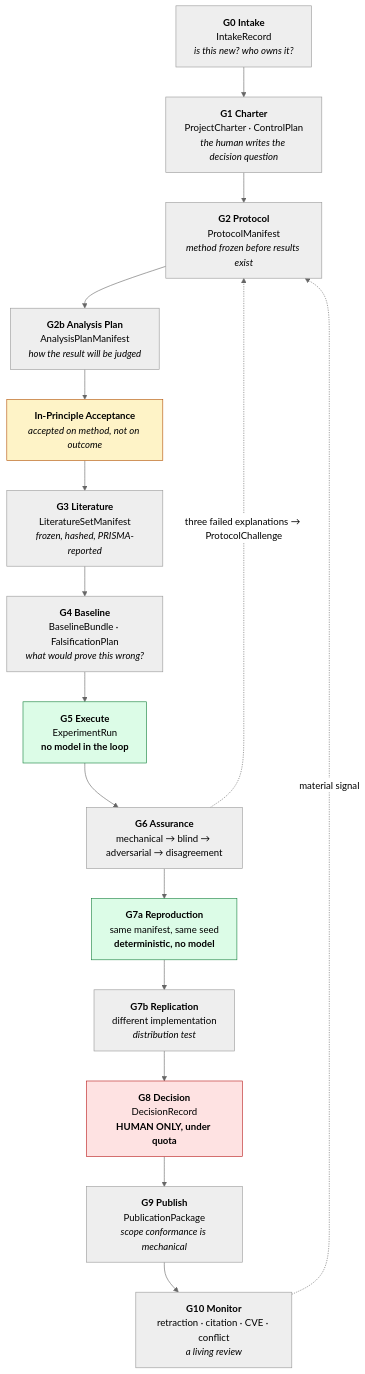
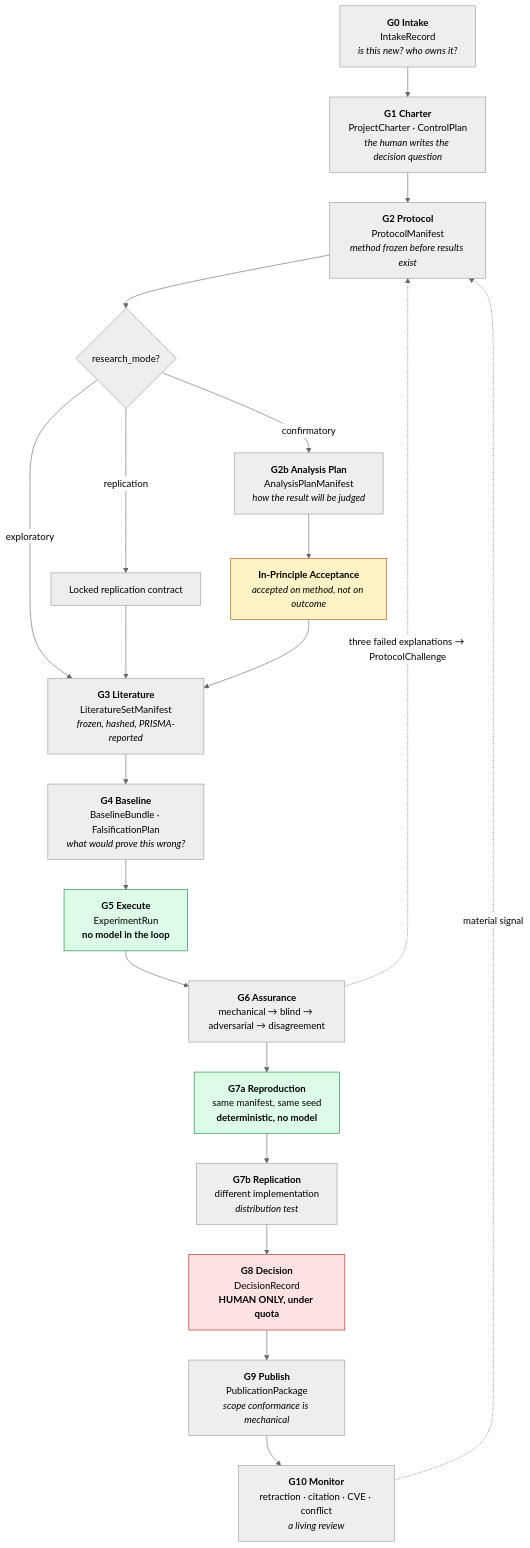
Before and after one commit to furkanhanilci/AETHRION: the eighth of 18 diagrams in docs/architecture/AIRL_OS_ARCHITECTURE.md, drawn with Mermaid (neutral theme). The commit also changed other lines of this file and 103 other files, not shown here.

````diff
--- a/docs/architecture/AIRL_OS_ARCHITECTURE.md
+++ b/docs/architecture/AIRL_OS_ARCHITECTURE.md
@@ -223,27 +230,31 @@
 ```mermaid
 flowchart TD
     G0["<b>G0 Intake</b><br/>IntakeRecord<br/><i>is this new? who owns it?</i>"]
     G1["<b>G1 Charter</b><br/>ProjectCharter · ControlPlan<br/><i>the human writes the decision question</i>"]
     G2["<b>G2 Protocol</b><br/>ProtocolManifest<br/><i>method frozen before results exist</i>"]
     G2B["<b>G2b Analysis Plan</b><br/>AnalysisPlanManifest<br/><i>how the result will be judged</i>"]
     IPA["<b>In-Principle Acceptance</b><br/><i>accepted on method, not on outcome</i>"]
     G3["<b>G3 Literature</b><br/>LiteratureSetManifest<br/><i>frozen, hashed, PRISMA-reported</i>"]
     G4["<b>G4 Baseline</b><br/>BaselineBundle · FalsificationPlan<br/><i>what would prove this wrong?</i>"]
     G5["<b>G5 Execute</b><br/>ExperimentRun<br/><b>no model in the loop</b>"]
     G6["<b>G6 Assurance</b><br/>mechanical → blind → adversarial → disagreement"]
     G7A["<b>G7a Reproduction</b><br/>same manifest, same seed<br/><b>deterministic, no model</b>"]
     G7B["<b>G7b Replication</b><br/>different implementation<br/><i>distribution test</i>"]
     G8["<b>G8 Decision</b><br/>DecisionRecord<br/><b>HUMAN ONLY, under quota</b>"]
     G9["<b>G9 Publish</b><br/>PublicationPackage<br/><i>scope conformance is mechanical</i>"]
     G10["<b>G10 Monitor</b><br/>retraction · citation · CVE · conflict<br/><i>a living review</i>"]
 
-    G0 --> G1 --> G2 --> G2B --> IPA --> G3 --> G4 --> G5 --> G6
+    G0 --> G1 --> G2 --> MODE{"research_mode?"}
+    MODE -->|exploratory| G3
+    MODE -->|replication| RC["Locked replication contract"] --> G3
+    MODE -->|confirmatory| G2B --> IPA --> G3
+    G3 --> G4 --> G5 --> G6
     G6 --> G7A --> G7B --> G8 --> G9 --> G10
     G10 -.->|"material signal"| G2
     G6 -.->|"three failed explanations → ProtocolChallenge"| G2
 
     style G5 fill:#dcfce7,stroke:#15803d,color:#000
     style G7A fill:#dcfce7,stroke:#15803d,color:#000
     style G8 fill:#fee2e2,stroke:#b91c1c,color:#000
     style IPA fill:#fef3c7,stroke:#b45309,color:#000
 ```
````
